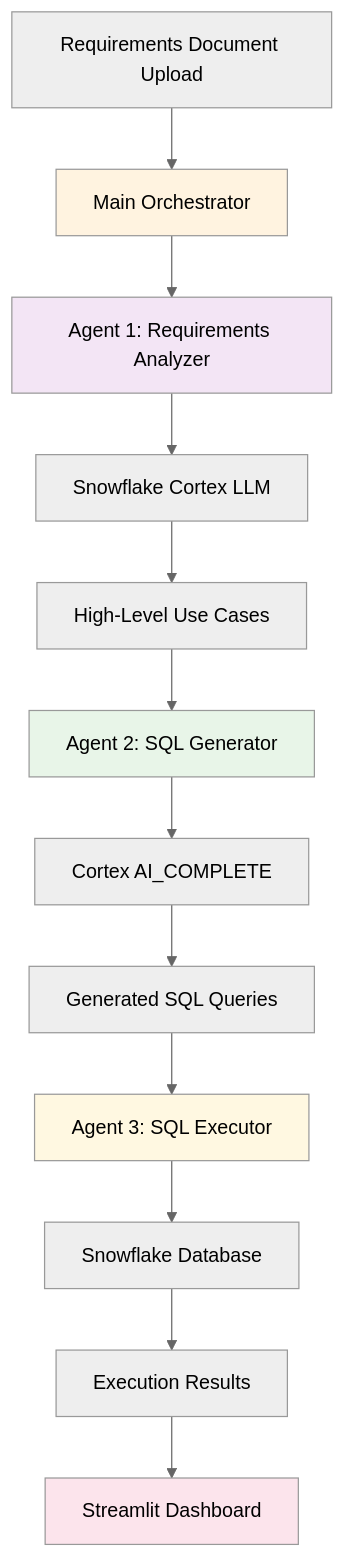
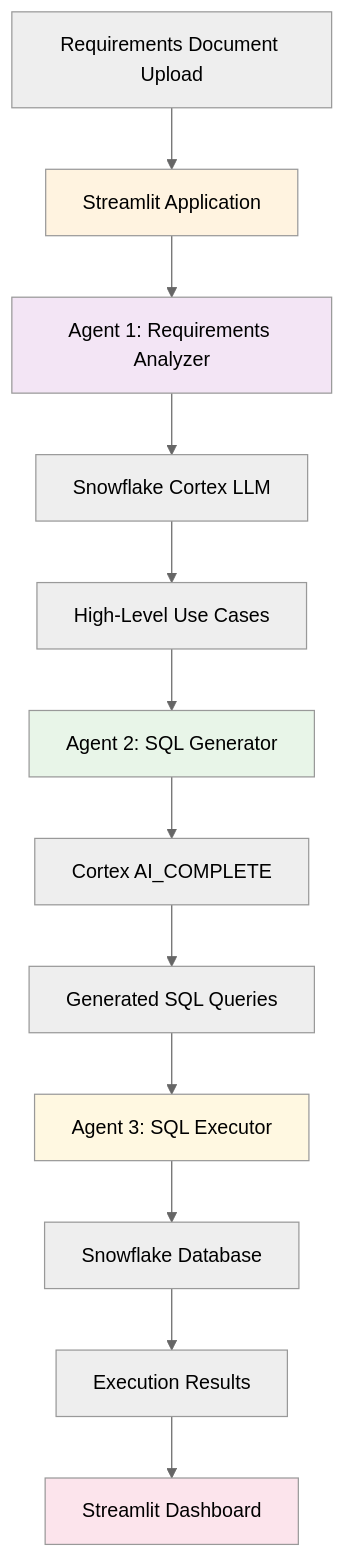
Before and after one commit to Sarjukumar/Multi-Agent: the diagram in Multi_Agent_Application/readme.md, drawn with Mermaid (neutral theme). The commit also changed other lines of this file, not shown here.

````diff
--- a/Multi_Agent_Application/readme.md
+++ b/Multi_Agent_Application/readme.md
@@ -17,21 +17,21 @@
 ```mermaid
 graph TD
-    A[Requirements Document Upload] --> B[Main Orchestrator]
+    A[Requirements Document Upload] --> B[Streamlit Application]
     B --> C[Agent 1: Requirements Analyzer]
     C --> D[Snowflake Cortex LLM]
     D --> E[High-Level Use Cases]
     E --> F[Agent 2: SQL Generator]
     F --> G[Cortex AI_COMPLETE]
     G --> H[Generated SQL Queries]
     H --> I[Agent 3: SQL Executor]
     I --> J[Snowflake Database]
     J --> K[Execution Results]
     K --> L[Streamlit Dashboard]
     
     style A fill:#e1f5feAdd commentMore actions
     style B fill:#fff3e0
     style C fill:#f3e5f5
     style F fill:#e8f5e8
     style I fill:#fff8e1
     style L fill:#fce4ec
 ```
````
